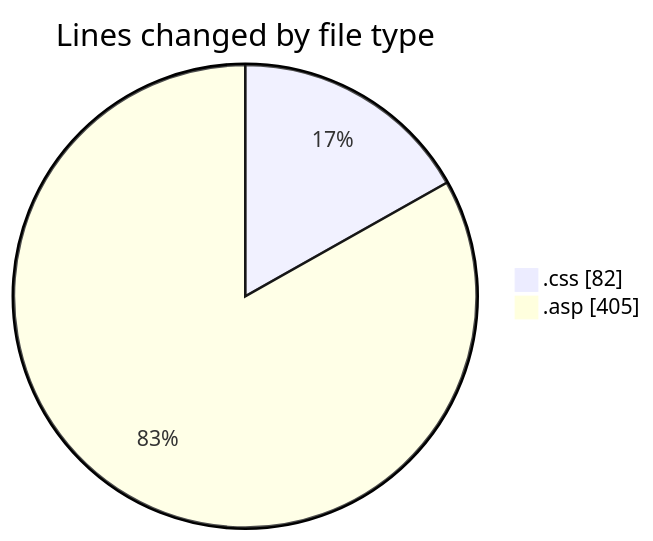
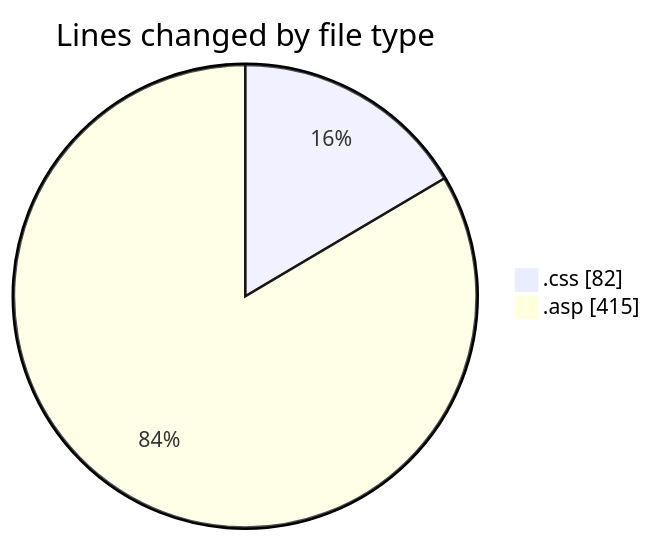
Before and after one commit to julien-gomy/code-tracking: the first of 2 diagrams in 2025-11-16/cdp_aleoudev_fr__workspace_/README.md, drawn with Mermaid. The commit also changed other lines of this file and 1 other file, not shown here.

````diff
--- a/2025-11-16/cdp_aleoudev_fr__workspace_/README.md
+++ b/2025-11-16/cdp_aleoudev_fr__workspace_/README.md
@@ -22,6 +22,6 @@
 ```mermaid
 pie showData
 title Lines changed by file type
 ".css" : 82
-".asp" : 405
+".asp" : 415
 ```
````
